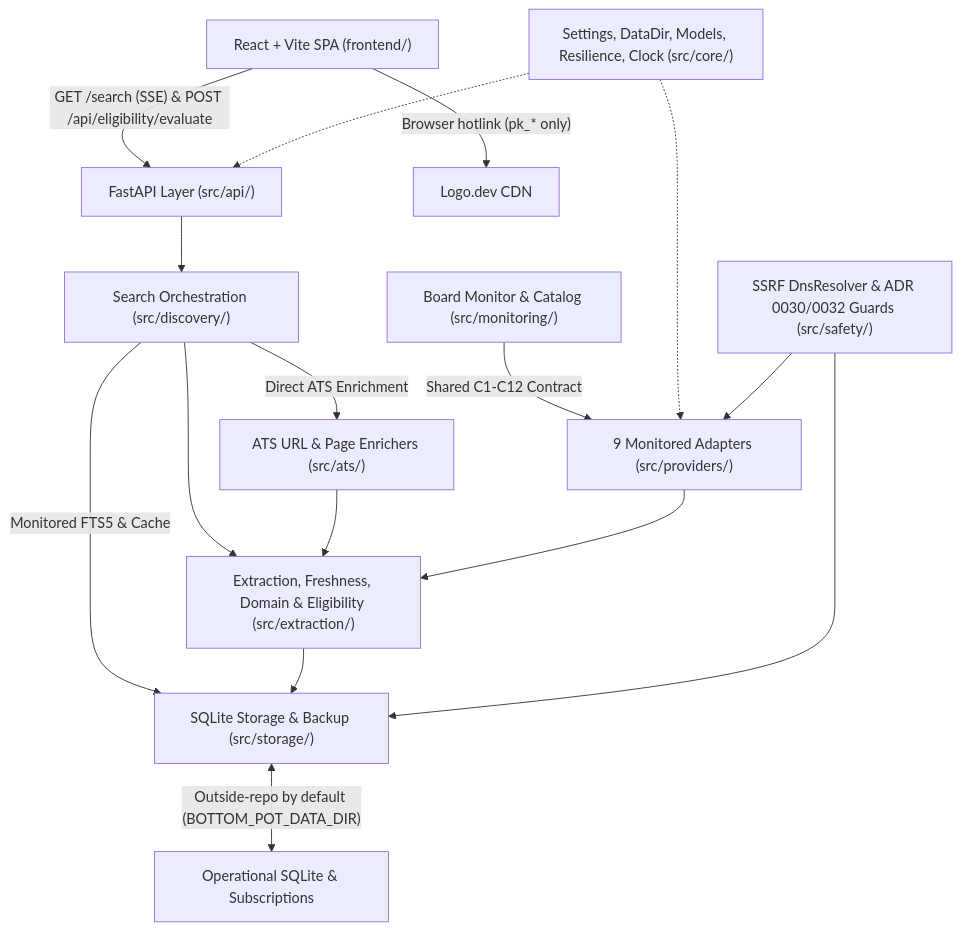
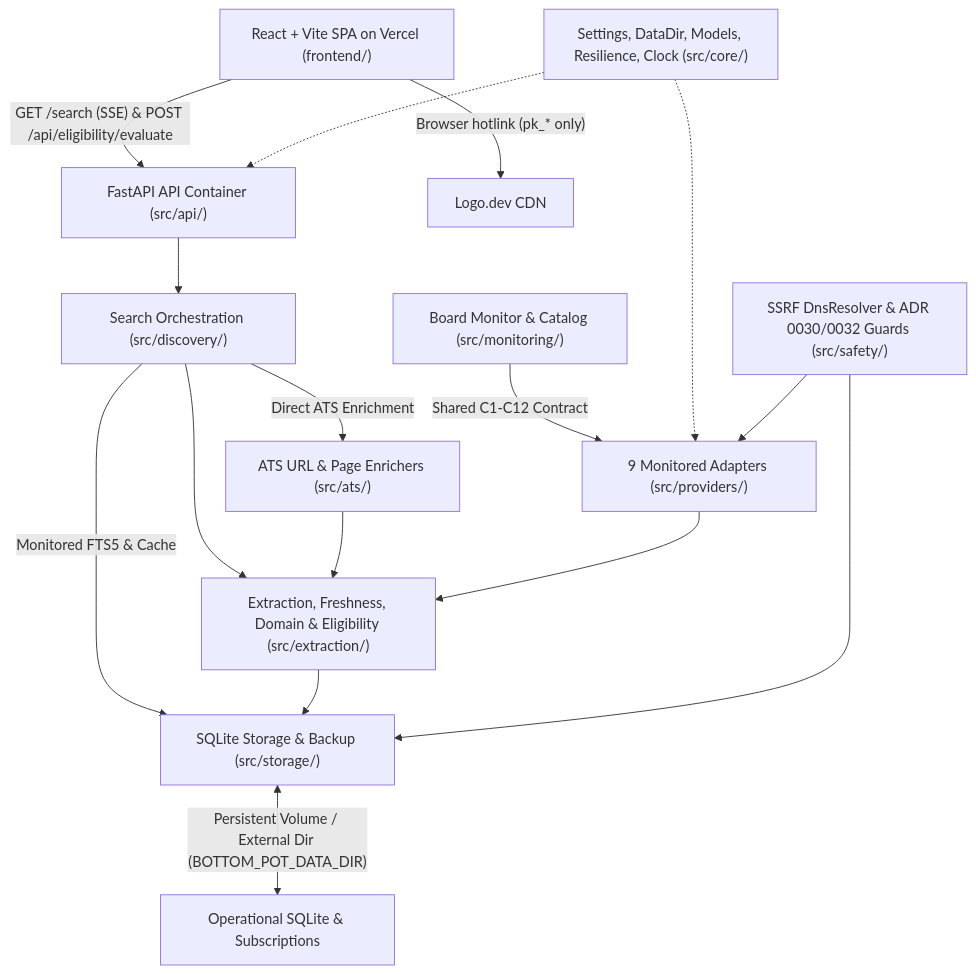
The diagram in README.md (richmondsogo/bottom-pot), drawn with Mermaid before and after one commit. The commit also changed other lines of this file and 47 other files, not shown here.

````diff
--- a/README.md
+++ b/README.md
@@ -140,18 +156,18 @@
 ```mermaid
 flowchart TB
-  SPA["React + Vite SPA (frontend/)"] -->|"GET /search (SSE) & POST /api/eligibility/evaluate"| API["FastAPI Layer (src/api/)"]
+  SPA["React + Vite SPA on Vercel (frontend/)"] -->|"GET /search (SSE) & POST /api/eligibility/evaluate"| API["FastAPI API Container (src/api/)"]
   API --> DISC["Search Orchestration (src/discovery/)"]
   DISC -->|"Monitored FTS5 & Cache"| STOR["SQLite Storage & Backup (src/storage/)"]
   DISC -->|"Direct ATS Enrichment"| ATS["ATS URL & Page Enrichers (src/ats/)"]
   MON["Board Monitor & Catalog (src/monitoring/)"] -->|"Shared C1-C12 Contract"| PROV["9 Monitored Adapters (src/providers/)"]
   DISC --> EXT["Extraction, Freshness, Domain & Eligibility (src/extraction/)"]
   ATS --> EXT
   PROV --> EXT
   EXT --> STOR
   CORE["Settings, DataDir, Models, Resilience, Clock (src/core/)"] -.-> API
   CORE -.-> PROV
   SAFE["SSRF DnsResolver & ADR 0030/0032 Guards (src/safety/)"] --> PROV
   SAFE --> STOR
-  STOR <-->|"Outside-repo by default (BOTTOM_POT_DATA_DIR)"| DATA["Operational SQLite & Subscriptions"]
+  STOR <-->|"Persistent Volume / External Dir (BOTTOM_POT_DATA_DIR)"| DATA["Operational SQLite & Subscriptions"]
   SPA -->|"Browser hotlink (pk_* only)"| LOGODEV["Logo.dev CDN"]
 ```
````
